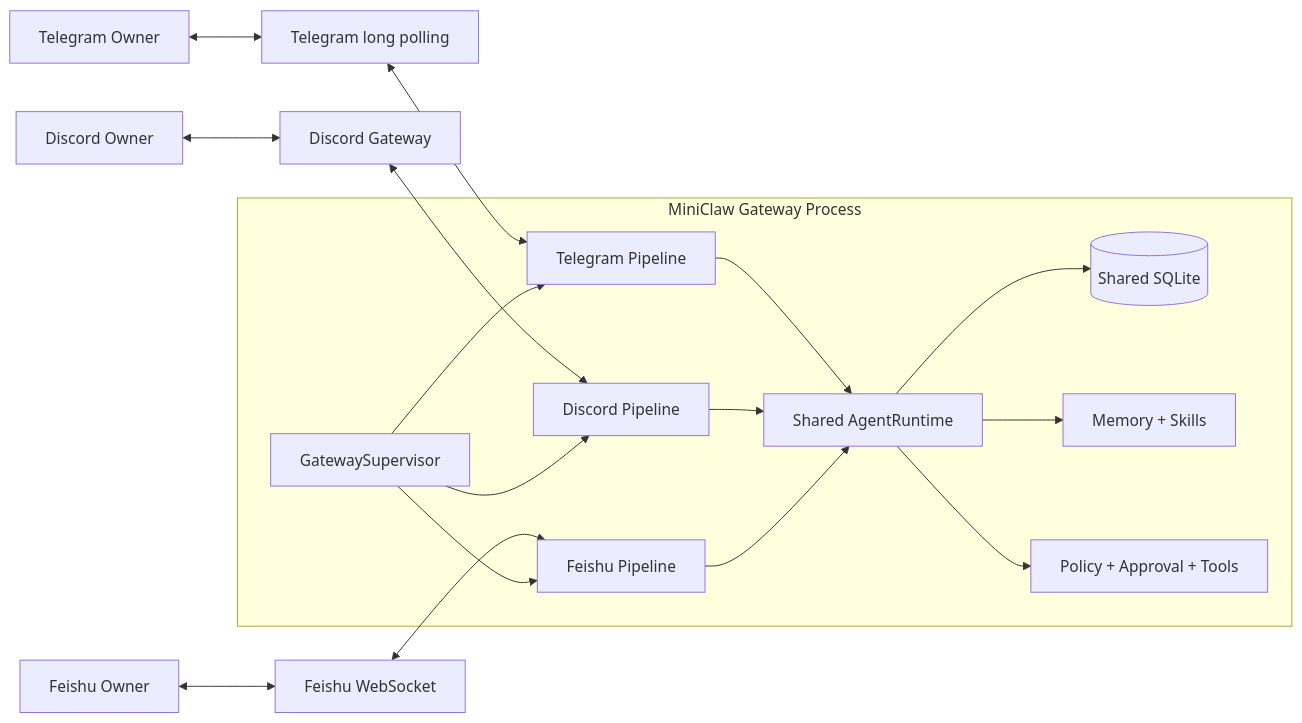
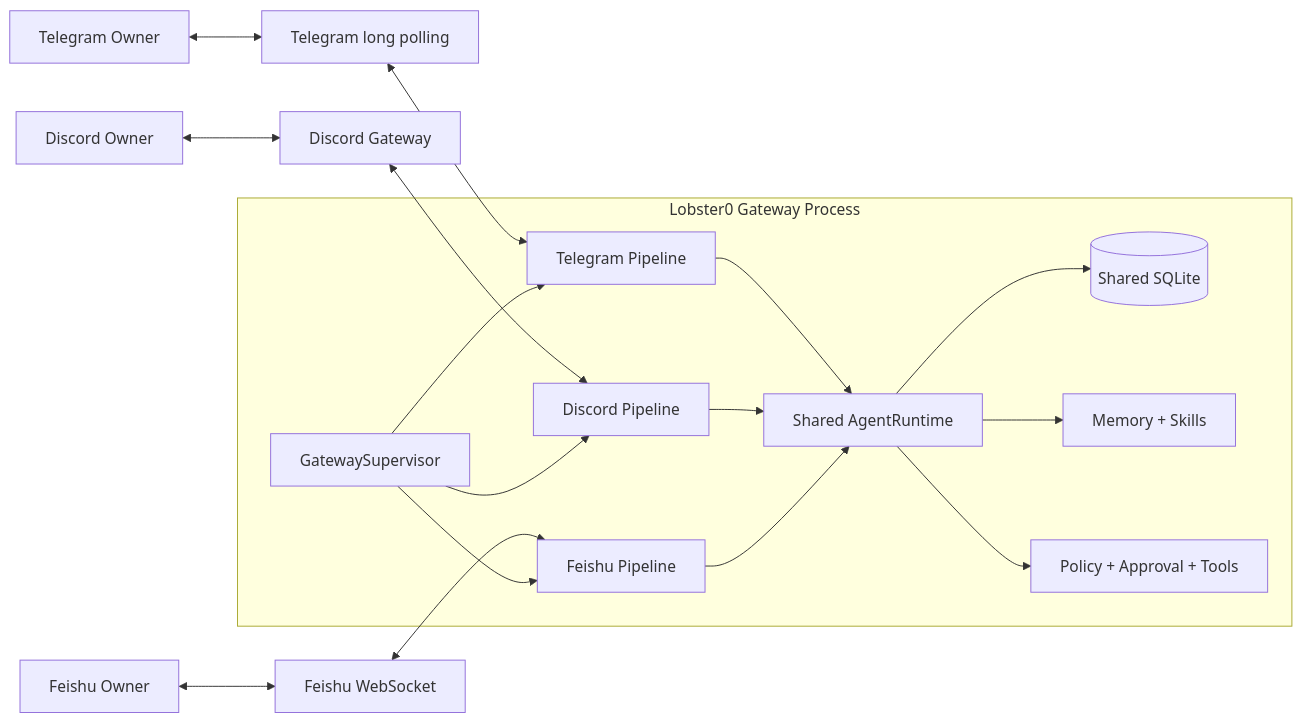
One commit to NEDONION/lobster0 changed the first of 5 diagrams in docs/superpowers/specs/2026-08-08-phase-5-telegram-discord-design.md. Above: the diagram before and after it, drawn with Mermaid. The commit also changed other lines of this file and 221 other files, not shown here.

````diff
--- a/docs/superpowers/specs/2026-08-08-phase-5-telegram-discord-design.md
+++ b/docs/superpowers/specs/2026-08-08-phase-5-telegram-discord-design.md
@@ -31,30 +31,30 @@
 ```mermaid
 flowchart LR
     U1["Telegram Owner"] <--> TG["Telegram long polling"]
     U2["Discord Owner"] <--> DC["Discord Gateway"]
     U3["Feishu Owner"] <--> FS["Feishu WebSocket"]
 
-    subgraph G["MiniClaw Gateway Process"]
+    subgraph G["Lobster0 Gateway Process"]
         SUP["GatewaySupervisor"]
         P1["Telegram Pipeline"]
         P2["Discord Pipeline"]
         P3["Feishu Pipeline"]
         CORE["Shared AgentRuntime"]
         DB[("Shared SQLite")]
         MEM["Memory + Skills"]
         POL["Policy + Approval + Tools"]
     end
 
     TG <--> P1
     DC <--> P2
     FS <--> P3
     SUP --> P1
     SUP --> P2
     SUP --> P3
     P1 --> CORE
     P2 --> CORE
     P3 --> CORE
     CORE --> DB
     CORE --> MEM
     CORE --> POL
 ```
````
